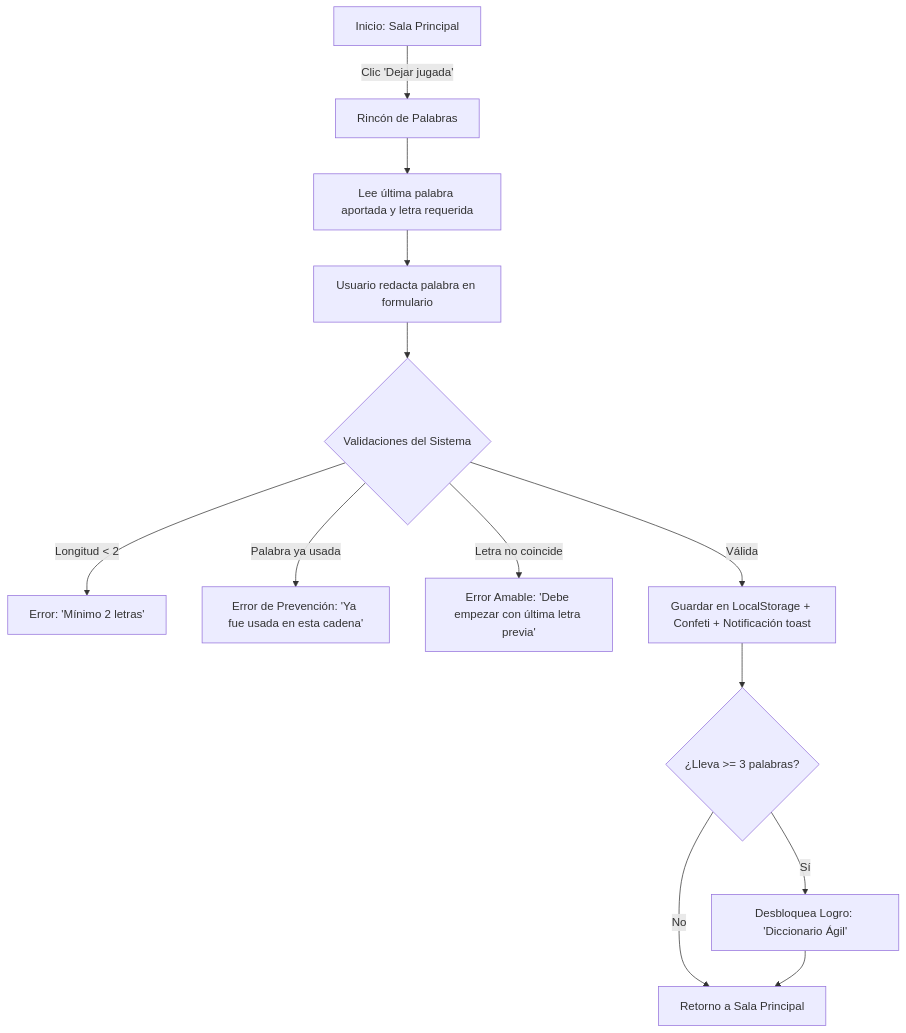
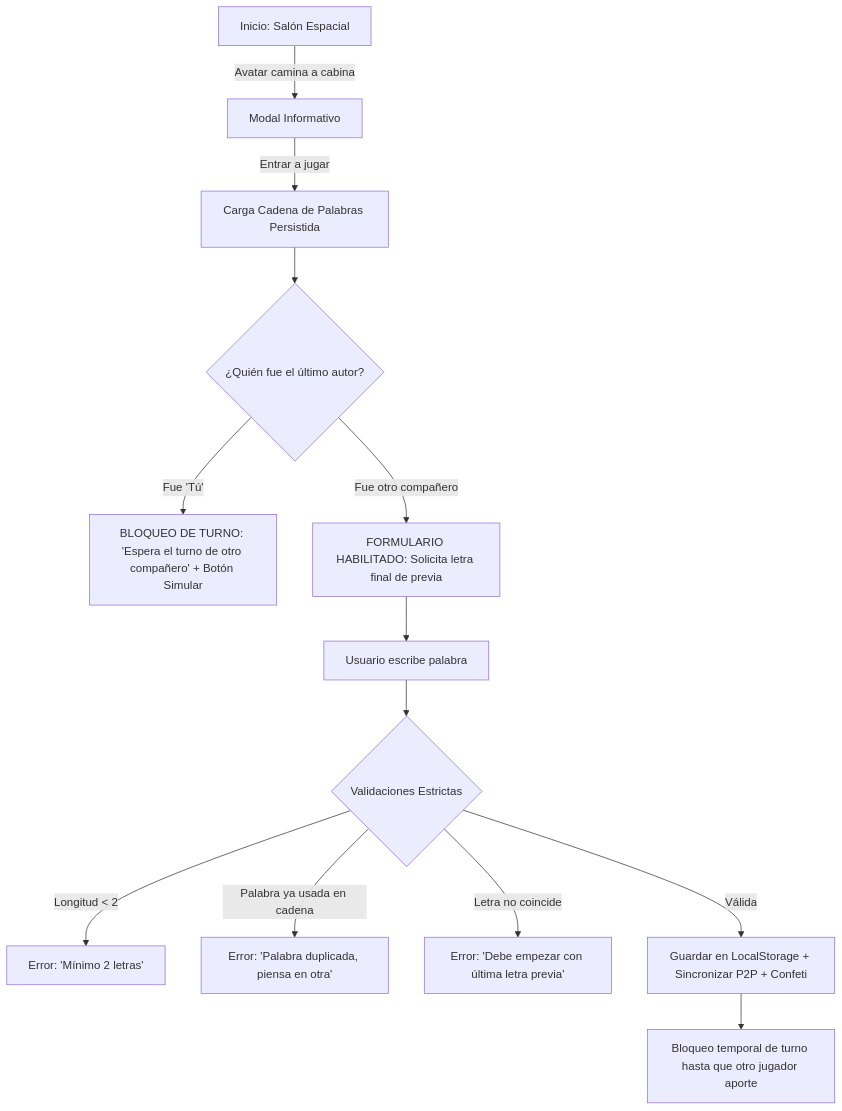
One commit to HinaraSM12/PlayBreak changed the second of 4 diagrams in Entregable_6_Grupo_7_Evaluacion_y_Cambios.md. Above: the diagram before and after it, drawn with Mermaid. The commit also changed other lines of this file and 7 other files, not shown here.

Commit message:
feat: roles en dibujo, alternancia en palabras, salon virtual y actualizacion de seccion 2 del entregable 6

````diff
--- a/Entregable_6_Grupo_7_Evaluacion_y_Cambios.md
+++ b/Entregable_6_Grupo_7_Evaluacion_y_Cambios.md
@@ -123,15 +152,15 @@
 ```mermaid
 graph TD
-    A[Inicio: Sala Principal] -->|Clic 'Dejar jugada'| B[Rincón de Palabras]
-    B --> C[Lee última palabra aportada y letra requerida]
-    C --> D[Usuario redacta palabra en formulario]
-    D --> E{Validaciones del Sistema}
-    E -->|Longitud < 2| F[Error: 'Mínimo 2 letras']
-    E -->|Palabra ya usada| G[Error de Prevención: 'Ya fue usada en esta cadena']
-    E -->|Letra no coincide| H[Error Amable: 'Debe empezar con última letra previa']
-    E -->|Válida| I[Guardar en LocalStorage + Confeti + Notificación toast]
-    I --> J{¿Lleva >= 3 palabras?}
-    J -->|Sí| K[Desbloquea Logro: 'Diccionario Ágil']
-    J -->|No| L[Retorno a Sala Principal]
-    K --> L
+    A[Inicio: Salón Espacial] -->|Avatar camina a cabina| B[Modal Informativo]
+    B -->|Entrar a jugar| C[Carga Cadena de Palabras Persistida]
+    C --> D{¿Quién fue el último autor?}
+    D -->|Fue 'Tú'| E[BLOQUEO DE TURNO: 'Espera el turno de otro compañero' + Botón Simular]
+    D -->|Fue otro compañero| F[FORMULARIO HABILITADO: Solicita letra final de previa]
+    F --> G[Usuario escribe palabra]
+    G --> H{Validaciones Estrictas}
+    H -->|Longitud < 2| I[Error: 'Mínimo 2 letras']
+    H -->|Palabra ya usada en cadena| J[Error: 'Palabra duplicada, piensa en otra']
+    H -->|Letra no coincide| K[Error: 'Debe empezar con última letra previa']
+    H -->|Válida| L[Guardar en LocalStorage + Sincronizar P2P + Confeti]
+    L --> M[Bloqueo temporal de turno hasta que otro jugador aporte]
 ```
````
